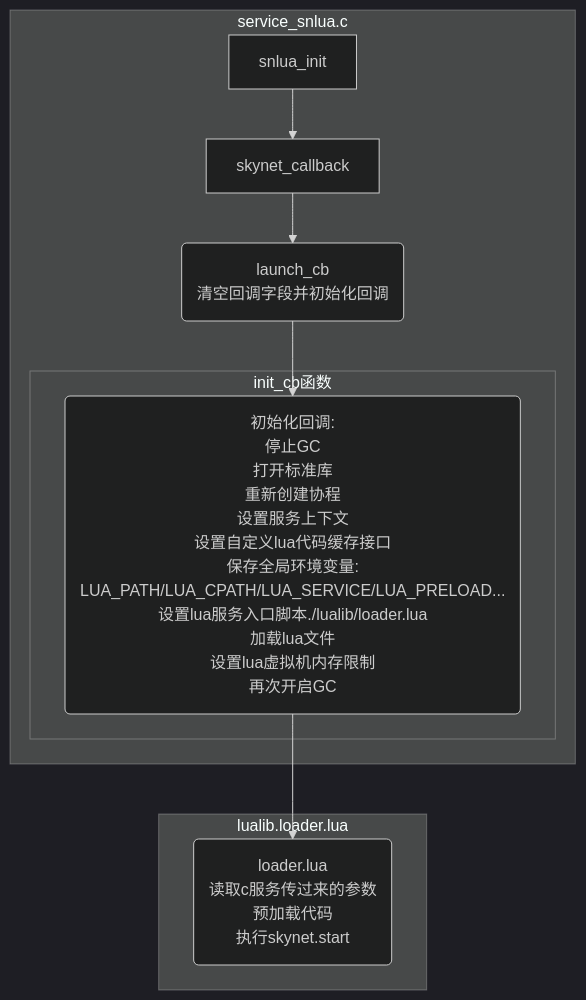
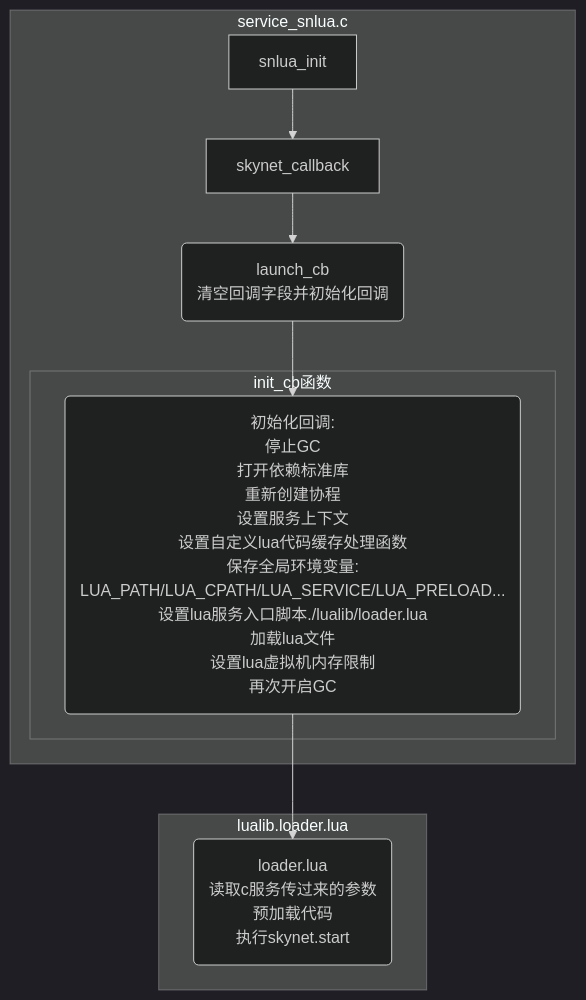
The third of 3 diagrams in SRC/SKYNET/server.md (hanjingo/doc), drawn with Mermaid (dark theme) before and after one commit. The commit also changed other lines of this file and 11 other files, not shown here.

````diff
--- a/SRC/SKYNET/server.md
+++ b/SRC/SKYNET/server.md
@@ -151,13 +350,13 @@
 ```mermaid
 graph TD
 subgraph service_snlua.c
 snlua_init-->skynet_callback-->launch_cb(launch_cb<br>清空回调字段并初始化回调)-->init_cb
 subgraph init_cb函数
-init_cb(初始化回调:<br>停止GC<br>打开标准库<br>重新创建协程<br>设置服务上下文<br>设置自定义lua代码缓存接口<br>保存全局环境变量:<br>LUA_PATH/LUA_CPATH/LUA_SERVICE/LUA_PRELOAD...<br>设置lua服务入口脚本./lualib/loader.lua<br>加载lua文件<br>设置lua虚拟机内存限制<br>再次开启GC)
+init_cb(初始化回调:<br>停止GC<br>打开依赖标准库<br>重新创建协程<br>设置服务上下文<br>设置自定义lua代码缓存处理函数<br>保存全局环境变量:<br>LUA_PATH/LUA_CPATH/LUA_SERVICE/LUA_PRELOAD...<br>设置lua服务入口脚本./lualib/loader.lua<br>加载lua文件<br>设置lua虚拟机内存限制<br>再次开启GC)
 end
 end
 
 subgraph lualib.loader.lua
 init_cb-->loader.lua(loader.lua<br>读取c服务传过来的参数<br>预加载代码<br>执行skynet.start)
 end
 ```
````
